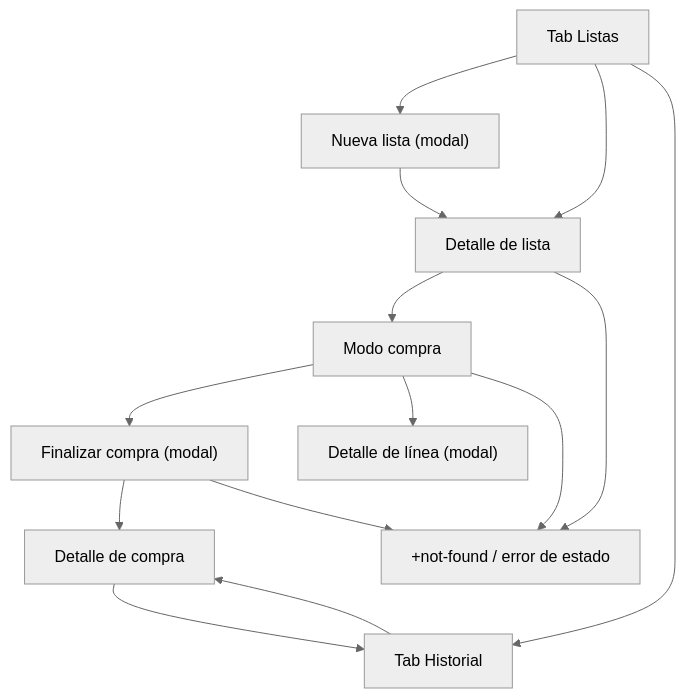
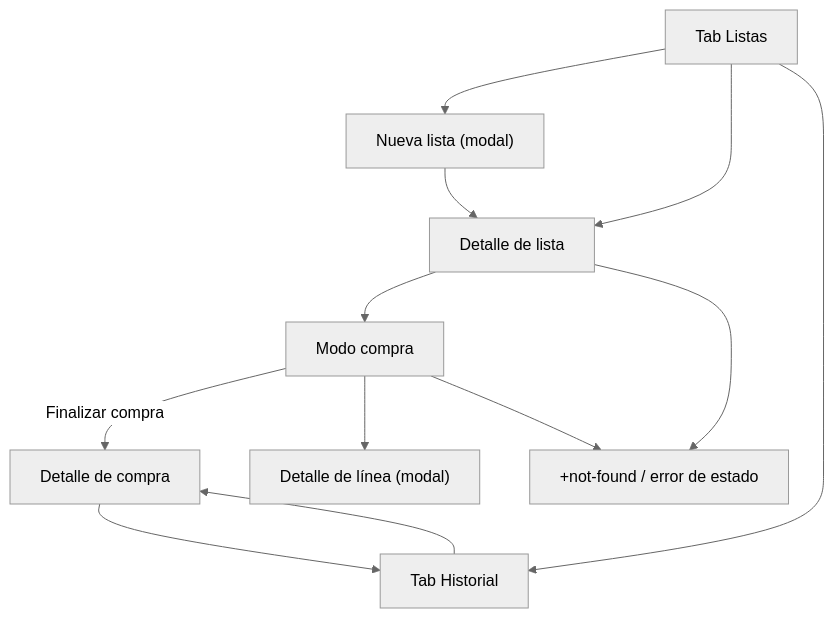
One commit to JuanReyesVazquez23/Listapp changed the diagram in docs/04-navegacion-y-ux.md. Above: the diagram before and after it, drawn with Mermaid (neutral theme). The commit also changed other lines of this file and 6 other files, not shown here.

````diff
--- a/docs/04-navegacion-y-ux.md
+++ b/docs/04-navegacion-y-ux.md
@@ -25,16 +25,14 @@
 ```mermaid
 flowchart TD
   A["Tab Listas"] --> B["Nueva lista (modal)"]
   B --> C["Detalle de lista"]
   A --> C
   C --> D["Modo compra"]
-  D --> E["Finalizar compra (modal)"]
+  D -->|Finalizar compra| F["Detalle de compra"]
   D --> I["Detalle de línea (modal)"]
-  E --> F["Detalle de compra"]
   A --> G["Tab Historial"]
   G --> F
   F --> G
   C --> H["+not-found / error de estado"]
   D --> H
-  E --> H
 ```
````
